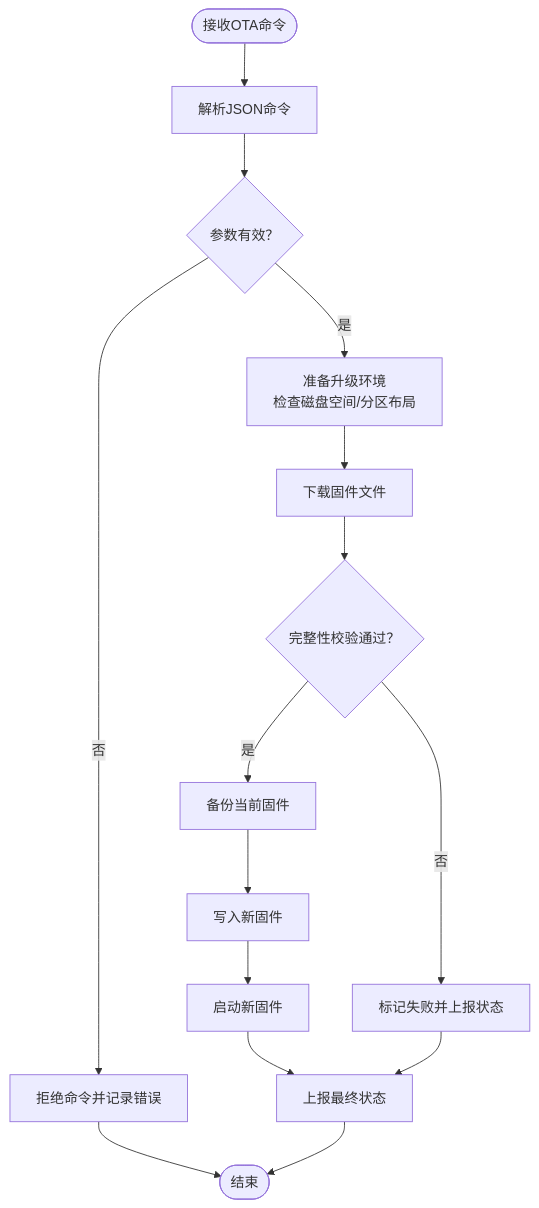
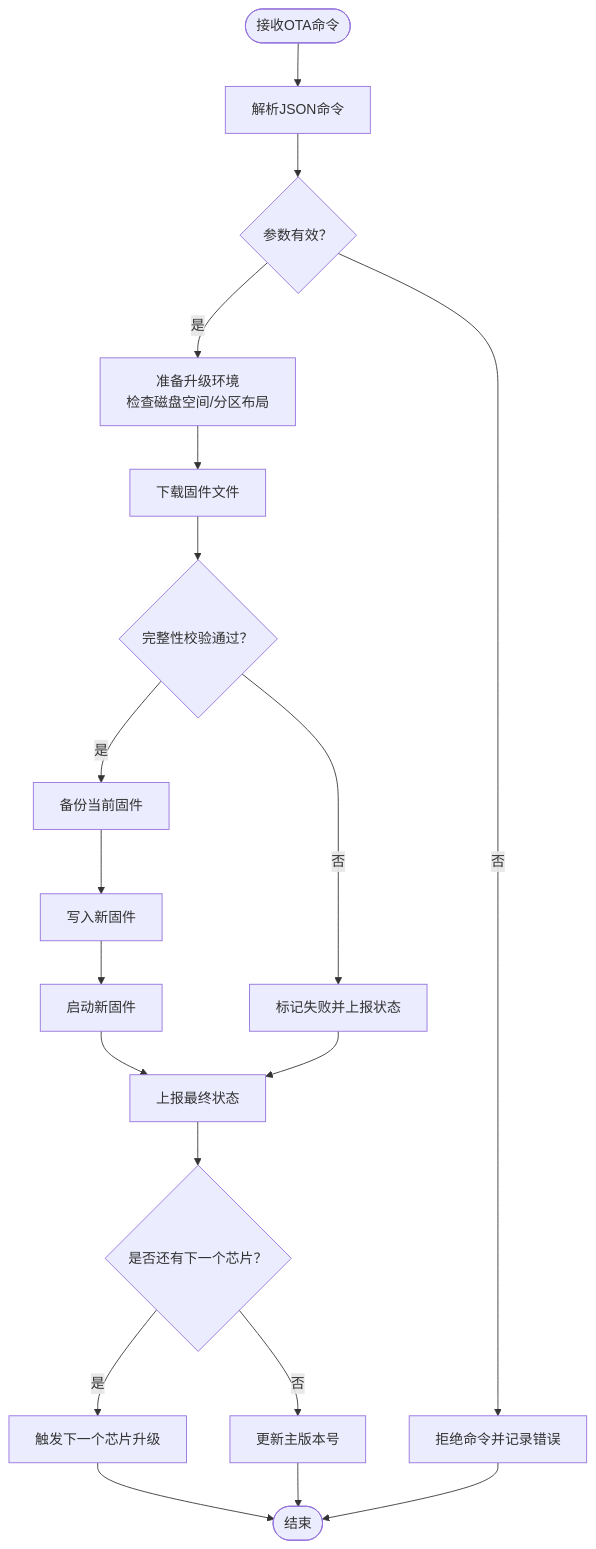
Before and after one commit to mcmrzy/cs_inv_monitor-develop: the fifth of 8 diagrams in .qoder/repowiki/zh/content/OTA升级系统/设备端OTA程序.md, drawn with Mermaid. The commit also changed other lines of this file and 12 other files, not shown here.

````diff
--- a/.qoder/repowiki/zh/content/OTA升级系统/设备端OTA程序.md
+++ b/.qoder/repowiki/zh/content/OTA升级系统/设备端OTA程序.md
@@ -125,17 +228,21 @@
 ```mermaid
 flowchart TD
 Start(["接收OTA命令"]) --> Parse["解析JSON命令"]
 Parse --> Validate{"参数有效？"}
 Validate --> |否| Reject["拒绝命令并记录错误"]
 Validate --> |是| Prepare["准备升级环境<br/>检查磁盘空间/分区布局"]
 Prepare --> Download["下载固件文件"]
 Download --> Verify{"完整性校验通过？"}
 Verify --> |否| Fail["标记失败并上报状态"]
 Verify --> |是| Backup["备份当前固件"]
 Backup --> Write["写入新固件"]
 Write --> Boot["启动新固件"]
 Boot --> Report["上报最终状态"]
-Reject --> End(["结束"])
+Report --> NextChip{"是否还有下一个芯片？"}
+NextChip --> |是| TriggerNext["触发下一个芯片升级"]
+NextChip --> |否| UpdateMain["更新主版本号"]
+TriggerNext --> End(["结束"])
+UpdateMain --> End
+Reject --> End
 Fail --> Report
-Report --> End
 ```
````
